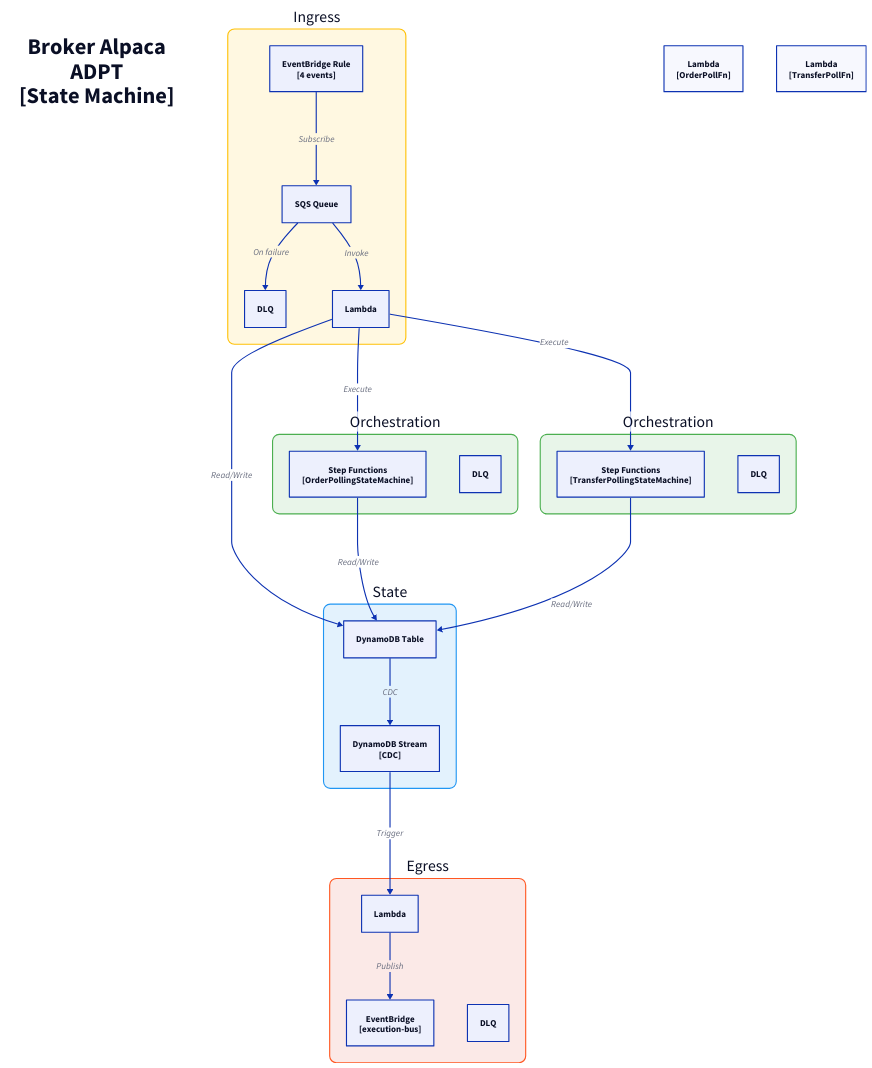
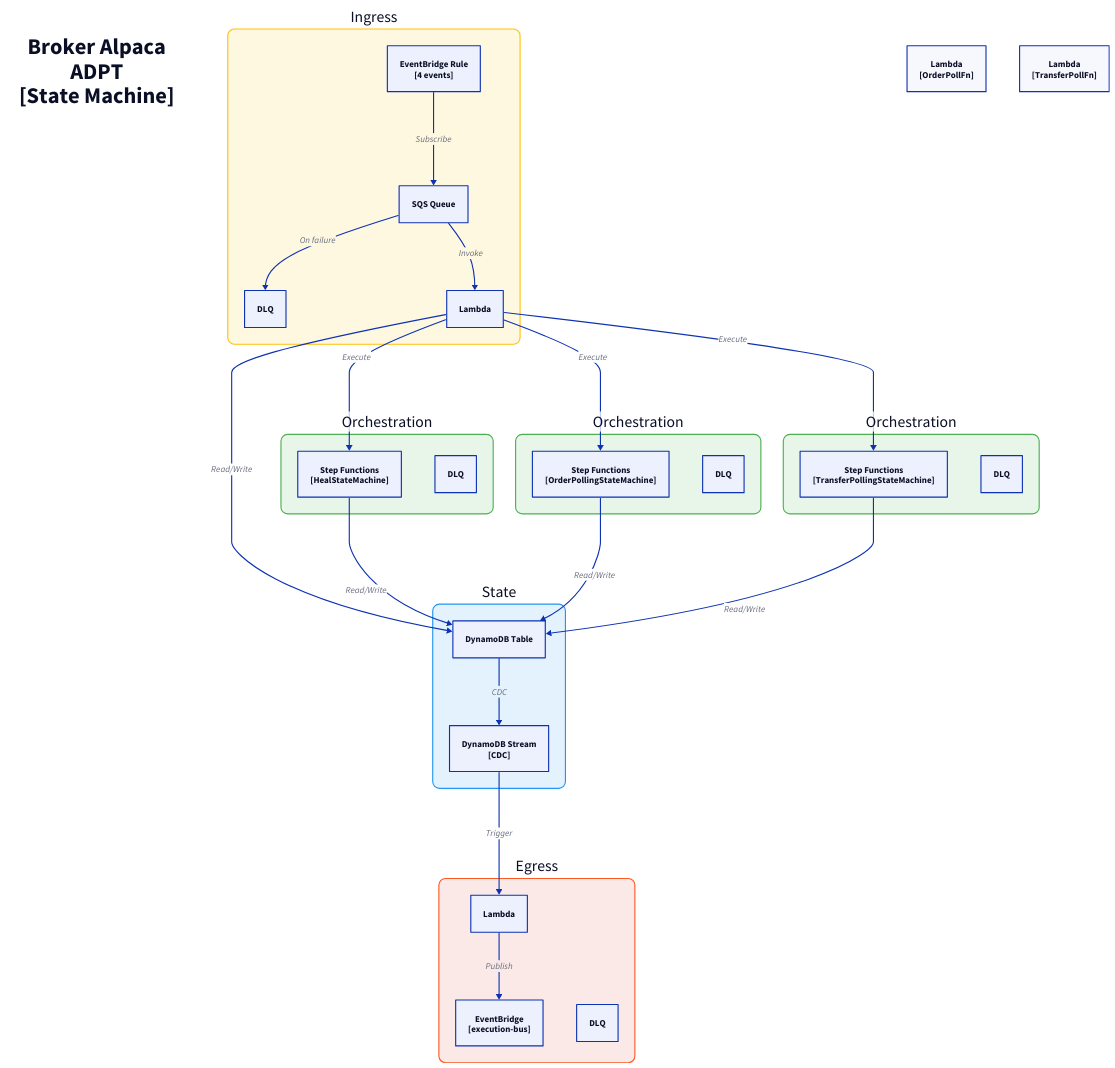
Before and after one commit to fabio-vitali/nestfolio: the diagram in docs/architecture/c3/broker-alpaca-adpt.d2, drawn with D2. The commit also changed 17 other files, not shown here.

First line of the commit message:
docs(c4): regenerate diagrams after advisory agent tool refactor

```diff
--- a/docs/architecture/c3/broker-alpaca-adpt.d2
+++ b/docs/architecture/c3/broker-alpaca-adpt.d2
@@ -1,56 +1,64 @@
 direction: down
 
 title: "Broker Alpaca\nADPT\n[State Machine]" {
   style: { font-size: 40; bold: true; fill: transparent; stroke: transparent }
 }
 
 ingress: "Ingress" {
   style: { fill: "#FFF8E1"; stroke: "#FFC107"; border-radius: 12; font-size: 28 }
   rule: "EventBridge Rule\n[4 events]" { class: aws-eventbridge }
   sqs: "SQS Queue" { class: aws-sqs }
   dlq: "DLQ" { class: aws-dlq }
   handler: "Lambda" { class: aws-lambda }
 
   rule -> sqs: Subscribe
   sqs -> handler: Invoke
   sqs -> dlq: On failure
 }
 
 state: "State" {
   style: { fill: "#E3F2FD"; stroke: "#2196F3"; border-radius: 12; font-size: 28 }
   table: "DynamoDB Table" { class: aws-dynamodb }
   stream: "DynamoDB Stream\n[CDC]" { class: aws-ddb-stream }
   table -> stream: CDC
 }
 
 egress: "Egress" {
   style: { fill: "#FBE9E7"; stroke: "#FF5722"; border-radius: 12; font-size: 28 }
   processor: "Lambda" { class: aws-lambda }
   bus: "EventBridge\n[execution-bus]" { class: aws-eventbridge }
   dlq: "DLQ" { class: aws-dlq }
 
   processor -> bus: Publish
 }
 
+heal-state-machine: "Orchestration" {
+  style: { fill: "#E8F5E9"; stroke: "#4CAF50"; border-radius: 12; font-size: 28 }
+  state-machine: "Step Functions\n[HealStateMachine]" { class: aws-stepfunctions }
+  dlq: "DLQ" { class: aws-dlq }
+}
+
 order-polling-state-machine: "Orchestration" {
   style: { fill: "#E8F5E9"; stroke: "#4CAF50"; border-radius: 12; font-size: 28 }
   state-machine: "Step Functions\n[OrderPollingStateMachine]" { class: aws-stepfunctions }
   dlq: "DLQ" { class: aws-dlq }
 }
 
 transfer-polling-state-machine: "Orchestration" {
   style: { fill: "#E8F5E9"; stroke: "#4CAF50"; border-radius: 12; font-size: 28 }
   state-machine: "Step Functions\n[TransferPollingStateMachine]" { class: aws-stepfunctions }
   dlq: "DLQ" { class: aws-dlq }
 }
 
 order-poll-fn: "Lambda\n[OrderPollFn]" { class: aws-lambda }
 transfer-poll-fn: "Lambda\n[TransferPollFn]" { class: aws-lambda }
 
 # Flows
 ingress.handler -> state.table: Read/Write
 state.stream -> egress.processor: Trigger
+ingress.handler -> heal-state-machine.state-machine: Execute
+heal-state-machine.state-machine -> state.table: Read/Write
 ingress.handler -> order-polling-state-machine.state-machine: Execute
 order-polling-state-machine.state-machine -> state.table: Read/Write
 ingress.handler -> transfer-polling-state-machine.state-machine: Execute
 transfer-polling-state-machine.state-machine -> state.table: Read/Write
```
